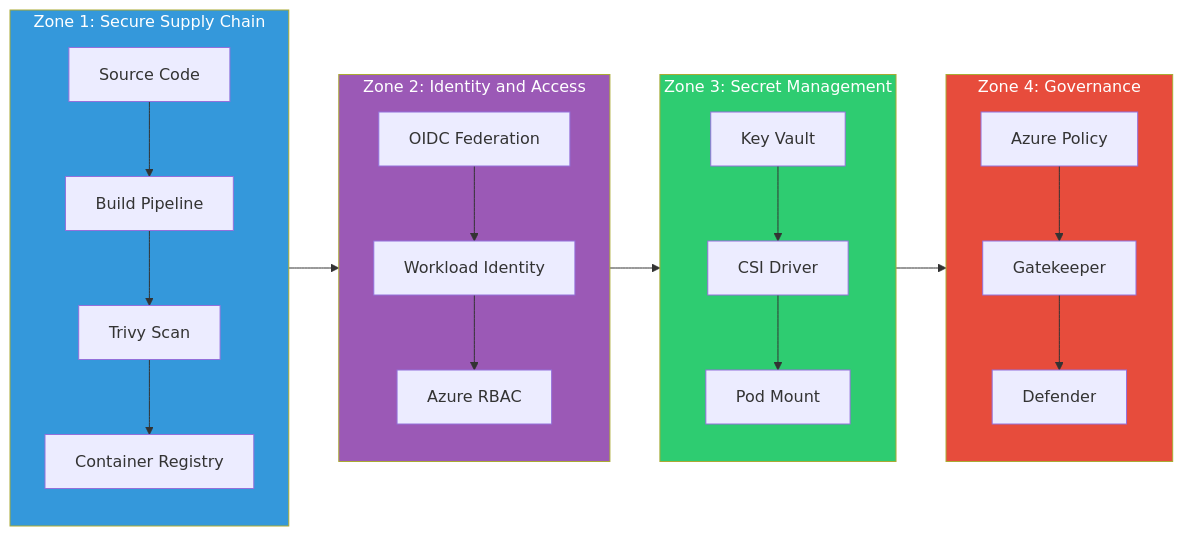
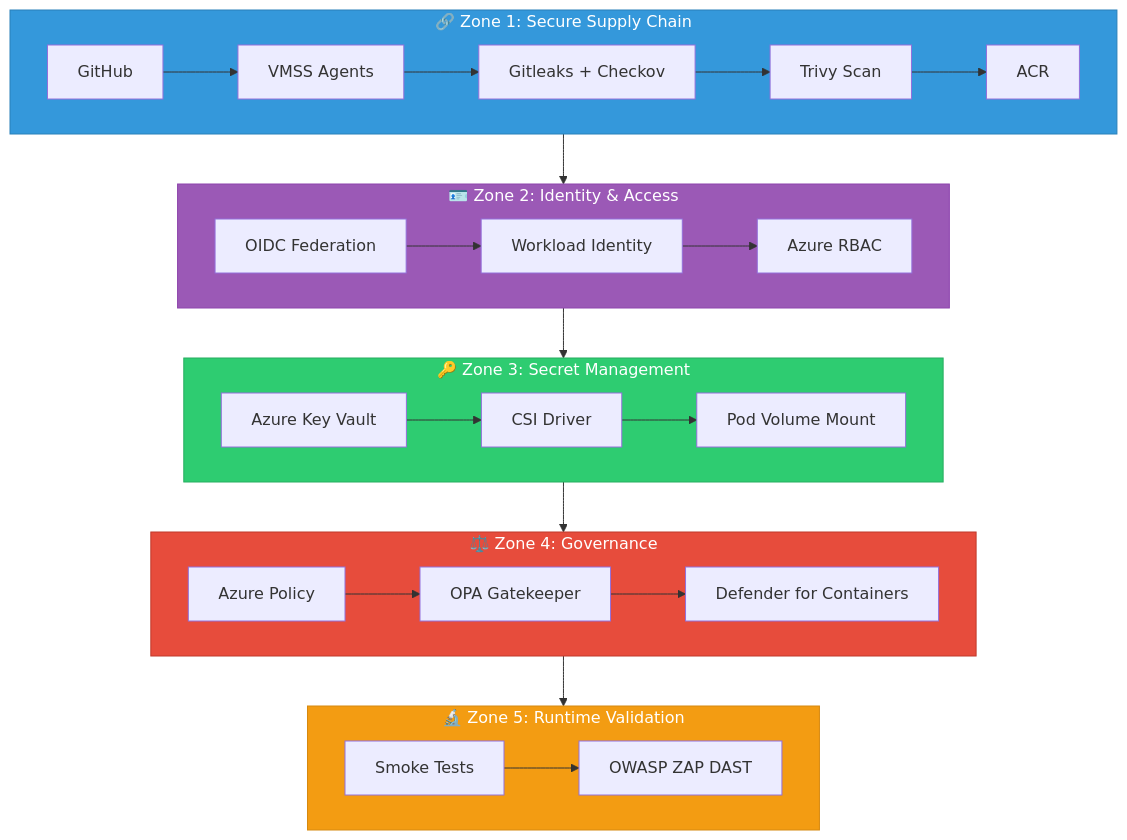
Before and after one commit to Shrinet82/zero-trust-devsecops: the second of 3 diagrams in README.md, drawn with Mermaid. The commit also changed other lines of this file and 1 other file, not shown here.

Commit message:
docs: Complete README refactor with 5-stage pipeline diagrams

````diff
--- a/README.md
+++ b/README.md
@@ -173,40 +80,36 @@
 ```mermaid
-graph LR
-    subgraph Zone1["Zone 1: Secure Supply Chain"]
-        Z1A[Source Code]
-        Z1B[Build Pipeline]
-        Z1C[Trivy Scan]
-        Z1D[Container Registry]
-        Z1A --> Z1B --> Z1C --> Z1D
+graph TB
+    subgraph Z1["🔗 Zone 1: Secure Supply Chain"]
+        Z1A[GitHub] --> Z1B[VMSS Agents]
+        Z1B --> Z1C[Gitleaks + Checkov]
+        Z1C --> Z1D[Trivy Scan]
+        Z1D --> Z1E[ACR]
     end
 
-    subgraph Zone2["Zone 2: Identity and Access"]
-        Z2A[OIDC Federation]
-        Z2B[Workload Identity]
-        Z2C[Azure RBAC]
-        Z2A --> Z2B --> Z2C
+    subgraph Z2["🪪 Zone 2: Identity & Access"]
+        Z2A[OIDC Federation] --> Z2B[Workload Identity]
+        Z2B --> Z2C[Azure RBAC]
     end
 
-    subgraph Zone3["Zone 3: Secret Management"]
-        Z3A[Key Vault]
-        Z3B[CSI Driver]
-        Z3C[Pod Mount]
-        Z3A --> Z3B --> Z3C
+    subgraph Z3["🔑 Zone 3: Secret Management"]
+        Z3A[Azure Key Vault] --> Z3B[CSI Driver]
+        Z3B --> Z3C[Pod Volume Mount]
     end
 
-    subgraph Zone4["Zone 4: Governance"]
-        Z4A[Azure Policy]
-        Z4B[Gatekeeper]
-        Z4C[Defender]
-        Z4A --> Z4B --> Z4C
+    subgraph Z4["⚖️ Zone 4: Governance"]
+        Z4A[Azure Policy] --> Z4B[OPA Gatekeeper]
+        Z4B --> Z4C[Defender for Containers]
     end
 
-    Zone1 --> Zone2
-    Zone2 --> Zone3
-    Zone3 --> Zone4
+    subgraph Z5["🔬 Zone 5: Runtime Validation"]
+        Z5A[Smoke Tests] --> Z5B[OWASP ZAP DAST]
+    end
 
-    style Zone1 fill:#3498db,color:#fff
-    style Zone2 fill:#9b59b6,color:#fff
-    style Zone3 fill:#2ecc71,color:#fff
-    style Zone4 fill:#e74c3c,color:#fff
+    Z1 --> Z2 --> Z3 --> Z4 --> Z5
+
+    style Z1 fill:#3498db,stroke:#2980b9,color:#fff
+    style Z2 fill:#9b59b6,stroke:#8e44ad,color:#fff
+    style Z3 fill:#2ecc71,stroke:#27ae60,color:#fff
+    style Z4 fill:#e74c3c,stroke:#c0392b,color:#fff
+    style Z5 fill:#f39c12,stroke:#d68910,color:#fff
 ```
````
